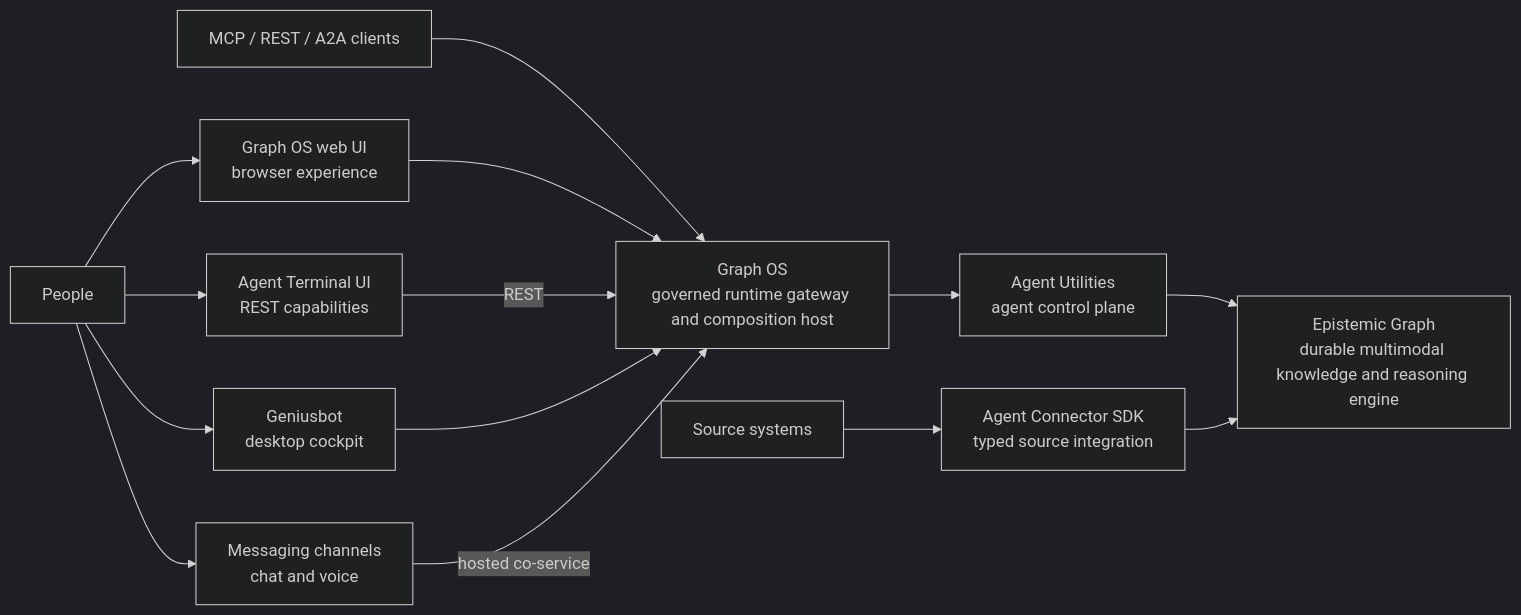
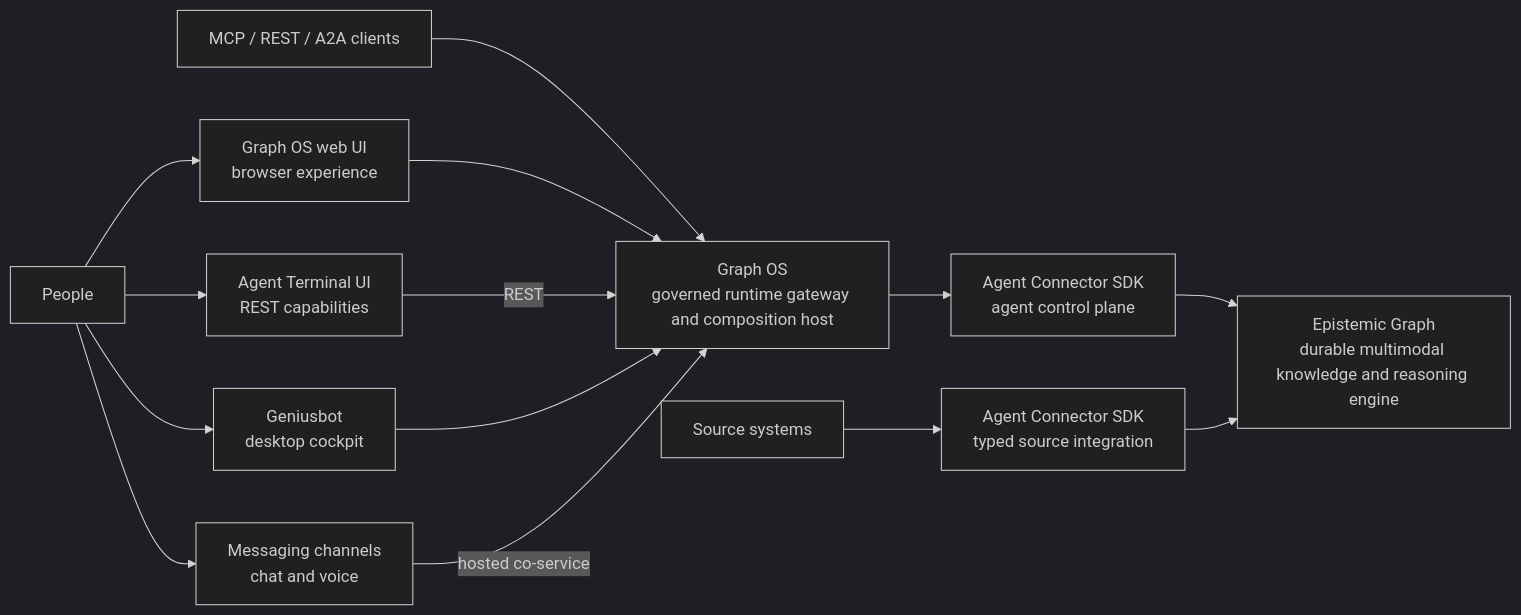
The diagram in docs/assets/runtime-architecture.mmd (Knuckles-Team/craft-suite-api), drawn with Mermaid (dark theme) before and after one commit. The commit also changed 15 other files, not shown here.

First line of the commit message:
refactor: depend only on agent-connector-sdk

```diff
--- a/docs/assets/runtime-architecture.mmd
+++ b/docs/assets/runtime-architecture.mmd
@@ -1,26 +1,26 @@
 flowchart LR
   People["People"]
   WebUI["Graph OS web UI<br/>browser experience"]
   TUI["Agent Terminal UI<br/>REST capabilities"]
   Genius["Geniusbot<br/>desktop cockpit"]
   Messaging["Messaging channels<br/>chat and voice"]
   Clients["MCP / REST / A2A clients"]
   GraphOS["Graph OS<br/>governed runtime gateway and composition host"]
-  AU["Agent Utilities<br/>agent control plane"]
+  AU["Agent Connector SDK<br/>agent control plane"]
   EG["Epistemic Graph<br/>durable multimodal knowledge and reasoning engine"]
   Sources["Source systems"]
   SDK["Agent Connector SDK<br/>typed source integration"]
 
   People --> WebUI
   People --> TUI
   People --> Genius
   People --> Messaging
   Clients --> GraphOS
   WebUI --> GraphOS
   TUI -->|REST| GraphOS
   Genius --> GraphOS
   Messaging -->|hosted co-service| GraphOS
   GraphOS --> AU
   AU --> EG
   Sources --> SDK
   SDK --> EG
```
